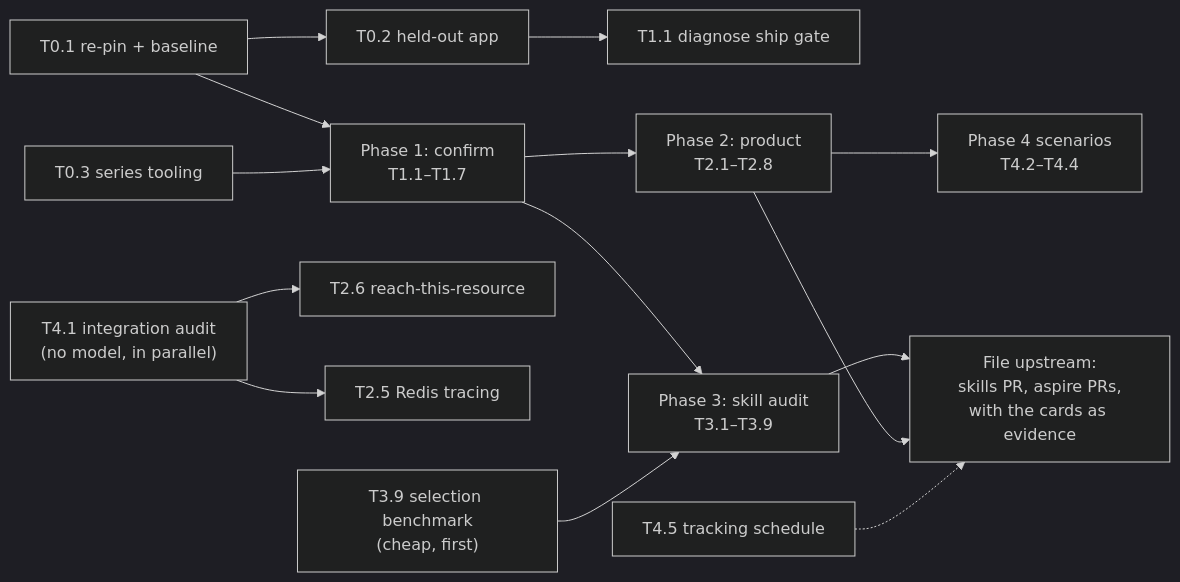
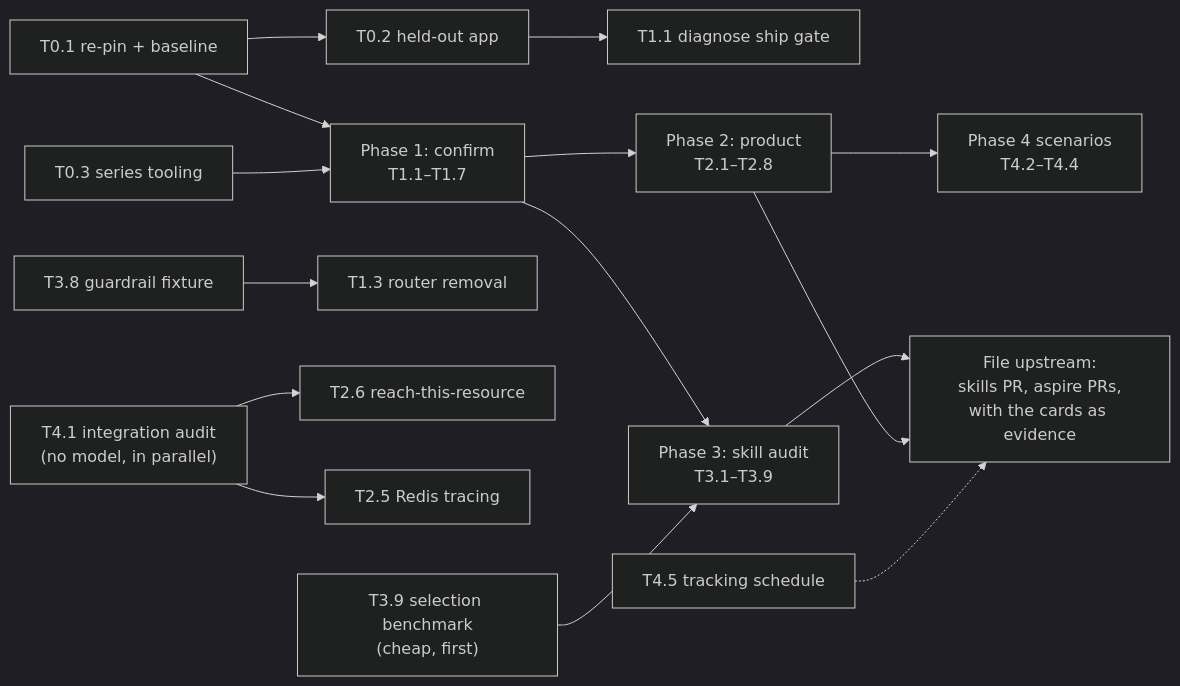
Before and after one commit to sebastienros/aspire-bench: the diagram in msbench/telemetry/PLAN.md, drawn with Mermaid (dark theme). The commit also changed other lines of this file and 1 other file, not shown here.

````diff
--- a/msbench/telemetry/PLAN.md
+++ b/msbench/telemetry/PLAN.md
@@ -374,16 +391,17 @@
 ```mermaid
 flowchart LR
     T01["T0.1 re-pin + baseline"] --> P1["Phase 1: confirm<br/>T1.1–T1.7"]
     T02["T0.2 held-out app"] --> T11["T1.1 diagnose ship gate"]
     T03["T0.3 series tooling"] --> P1
     T01 --> T02
+    T38["T3.8 guardrail fixture"] --> T13["T1.3 router removal"]
     P1 --> P2["Phase 2: product<br/>T2.1–T2.8"]
     T41["T4.1 integration audit<br/>(no model, in parallel)"] --> T26["T2.6 reach-this-resource"]
     T41 --> T25["T2.5 Redis tracing"]
     P1 --> P3["Phase 3: skill audit<br/>T3.1–T3.9"]
     T39["T3.9 selection benchmark<br/>(cheap, first)"] --> P3
     P2 --> P4["Phase 4 scenarios<br/>T4.2–T4.4"]
     P3 --> F["File upstream:<br/>skills PR, aspire PRs,<br/>with the cards as evidence"]
     P2 --> F
     T45["T4.5 tracking schedule"] -.-> F
 ```
````
